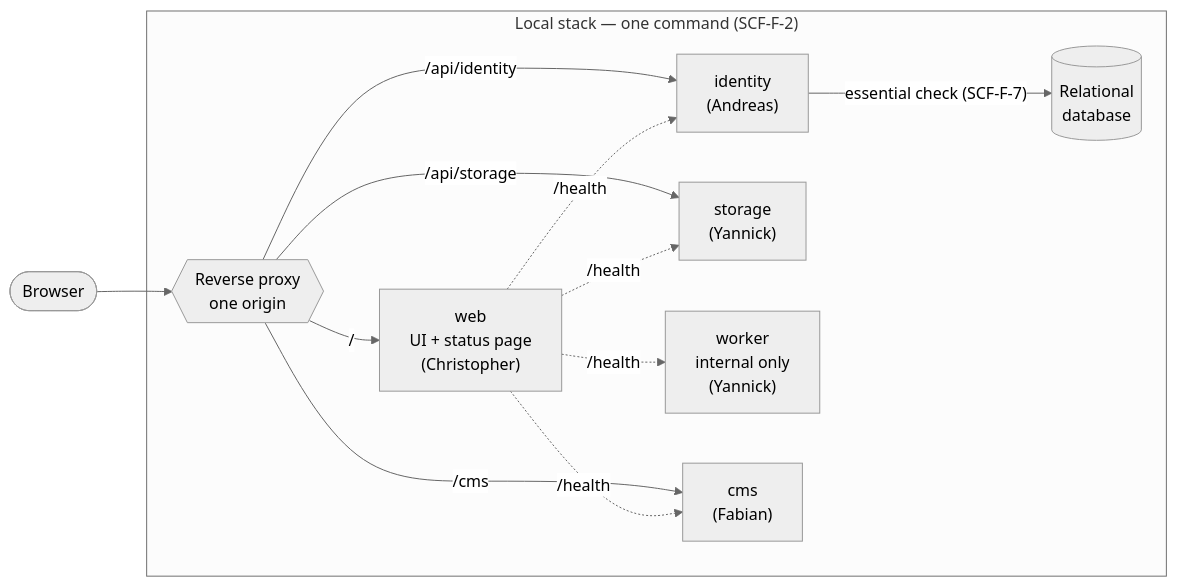
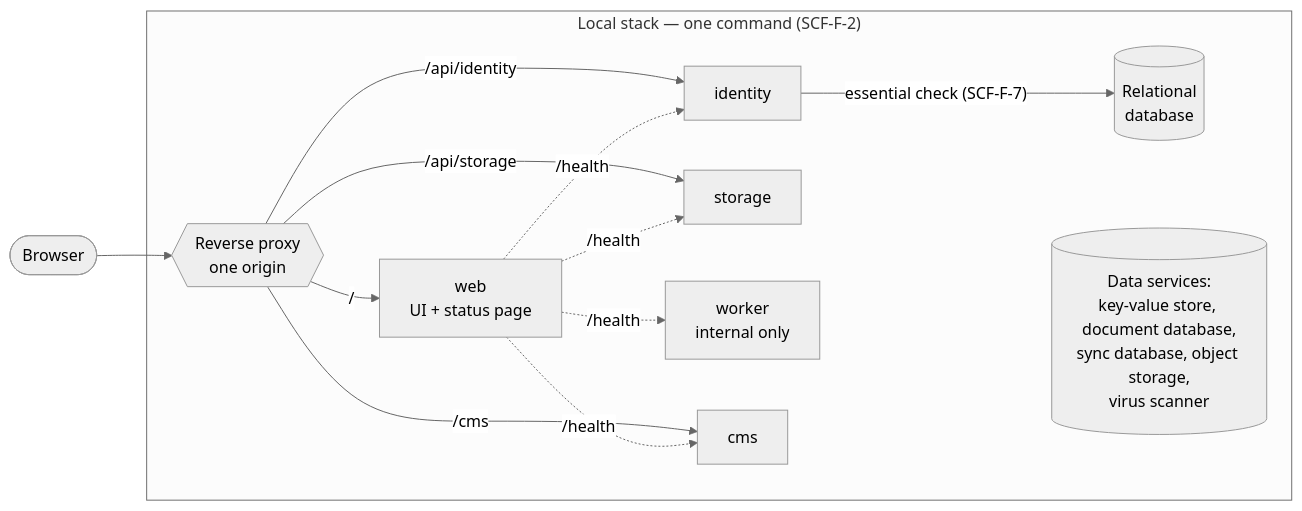
Before and after one commit to trutscf1/ITP: the diagram in documentation/concepts/scaffolding.md, drawn with Mermaid (neutral theme). The commit also changed other lines of this file and 8 other files, not shown here.

````diff
--- a/documentation/concepts/scaffolding.md
+++ b/documentation/concepts/scaffolding.md
@@ -262,28 +439,28 @@
 ```mermaid
 flowchart LR
     browser([Browser])
 
     subgraph stack["Local stack — one command (SCF-F-2)"]
         proxy{{Reverse proxy<br/>one origin}}
-        web["web<br/>UI + status page<br/>(Christopher)"]
-        identity["identity<br/>(Andreas)"]
-        storage["storage<br/>(Yannick)"]
-        worker["worker<br/>internal only<br/>(Yannick)"]
-        cms["cms<br/>(Fabian)"]
+        web["web<br/>UI + status page"]
+        identity["identity"]
+        storage["storage"]
+        worker["worker<br/>internal only"]
+        cms["cms"]
         db[(Relational<br/>database)]
+        services[("Data services:<br/>key-value store, document database,<br/>sync database, object storage,<br/>virus scanner")]
     end
 
     browser --> proxy
     proxy -- "/" --> web
     proxy -- "/api/identity" --> identity
     proxy -- "/api/storage" --> storage
     proxy -- "/cms" --> cms
 
     web -. "/health" .-> identity
     web -. "/health" .-> storage
     web -. "/health" .-> worker
     web -. "/health" .-> cms
 
     identity -- "essential check (SCF-F-7)" --> db
-
 ```
````
